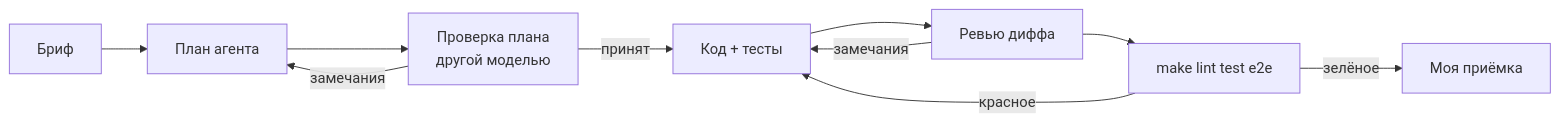
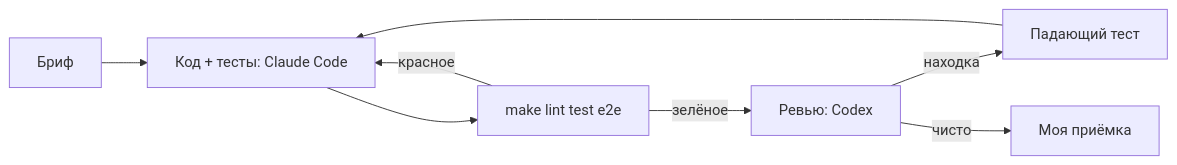
The diagram in docs/04-ai-development.md (Georgy213123/orderflow), drawn with Mermaid before and after one commit. The commit also changed other lines of this file and 5 other files, not shown here.

Commit message:
docs: второй круг ревью в 04, схема без проверки плана, карта модулей короче

````diff
--- a/docs/04-ai-development.md
+++ b/docs/04-ai-development.md
@@ -8,12 +8,9 @@
 ```mermaid
 flowchart LR
-  b[Бриф] --> p[План агента]
-  p --> r1[Проверка плана<br/>другой моделью]
-  r1 -- замечания --> p
-  r1 -- принят --> c[Код + тесты]
-  c --> r2[Ревью диффа]
-  r2 -- замечания --> c
-  r2 --> t[make lint test e2e]
+  b[Бриф] --> c[Код + тесты: Claude Code]
+  c --> t[make lint test e2e]
   t -- красное --> c
-  t -- зелёное --> h[Моя приёмка]
+  t -- зелёное --> r[Ревью: Codex]
+  r -- находка --> f[Падающий тест] --> c
+  r -- чисто --> h[Моя приёмка]
 ```
````
